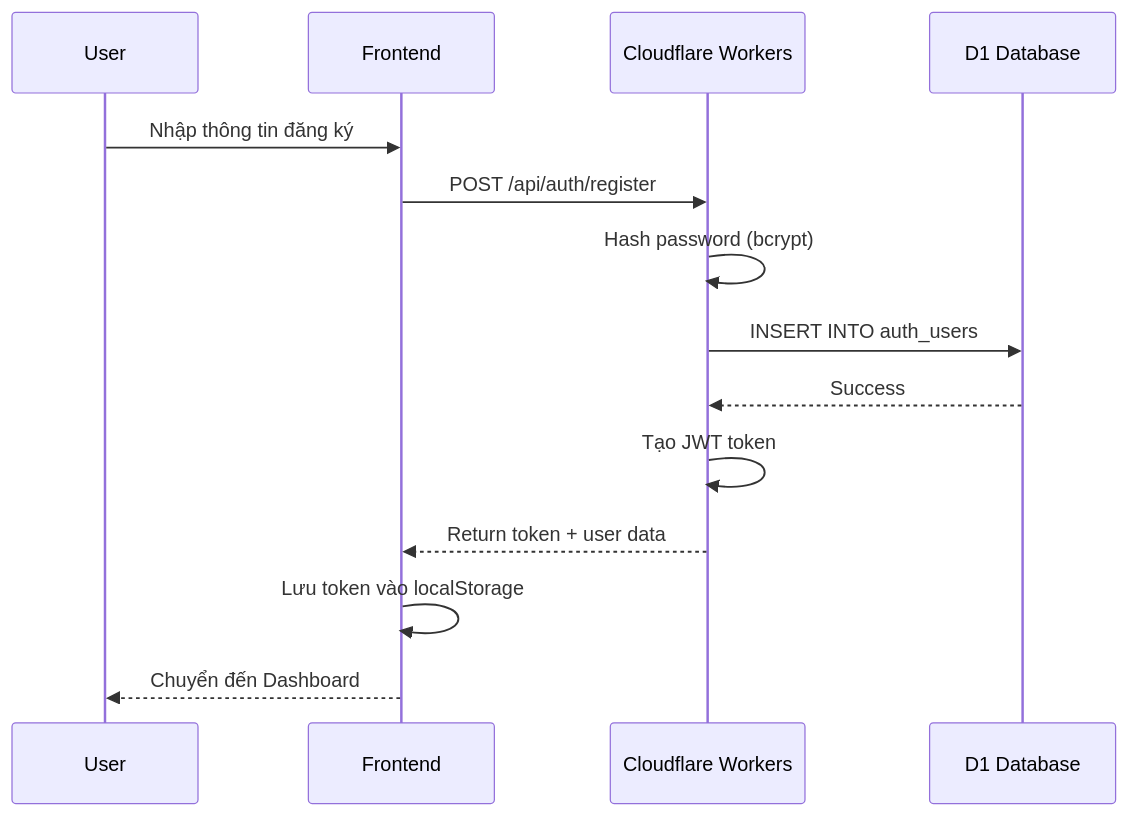
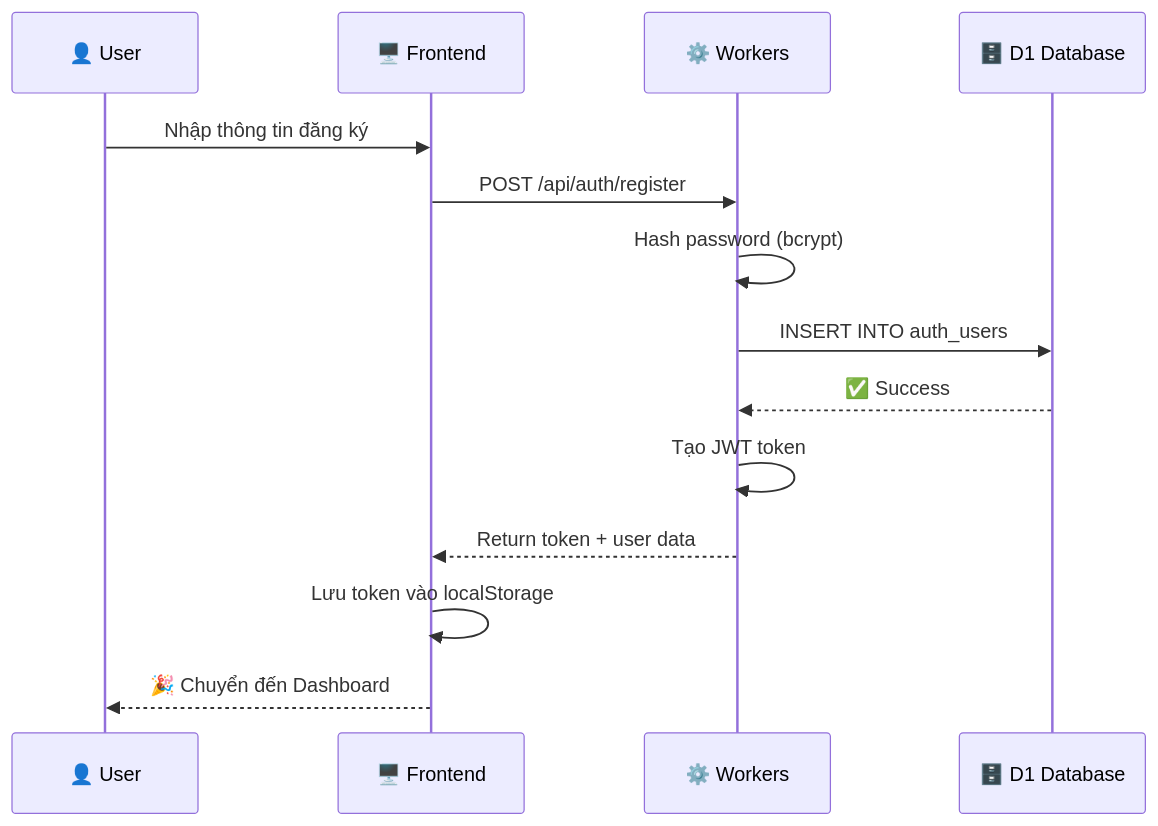
Before and after one commit to LongNgn204/totnghiepcongnghecungai1: the second of 6 diagrams in README.md, drawn with Mermaid. The commit also changed other lines of this file and 4 other files, not shown here.

````diff
--- a/README.md
+++ b/README.md
@@ -127,17 +169,17 @@
 ```mermaid
 sequenceDiagram
-    participant User
-    participant Frontend
-    participant Workers as Cloudflare Workers
-    participant D1 as D1 Database
+    participant U as 👤 User
+    participant F as 🖥️ Frontend
+    participant W as ⚙️ Workers
+    participant D as 🗄️ D1 Database
 
-    User->>Frontend: Nhập thông tin đăng ký
-    Frontend->>Workers: POST /api/auth/register
-    Workers->>Workers: Hash password (bcrypt)
-    Workers->>D1: INSERT INTO auth_users
-    D1-->>Workers: Success
-    Workers->>Workers: Tạo JWT token
-    Workers-->>Frontend: Return token + user data
-    Frontend->>Frontend: Lưu token vào localStorage
-    Frontend-->>User: Chuyển đến Dashboard
+    U->>F: Nhập thông tin đăng ký
+    F->>W: POST /api/auth/register
+    W->>W: Hash password (bcrypt)
+    W->>D: INSERT INTO auth_users
+    D-->>W: ✅ Success
+    W->>W: Tạo JWT token
+    W-->>F: Return token + user data
+    F->>F: Lưu token vào localStorage
+    F-->>U: 🎉 Chuyển đến Dashboard
 ```
````
